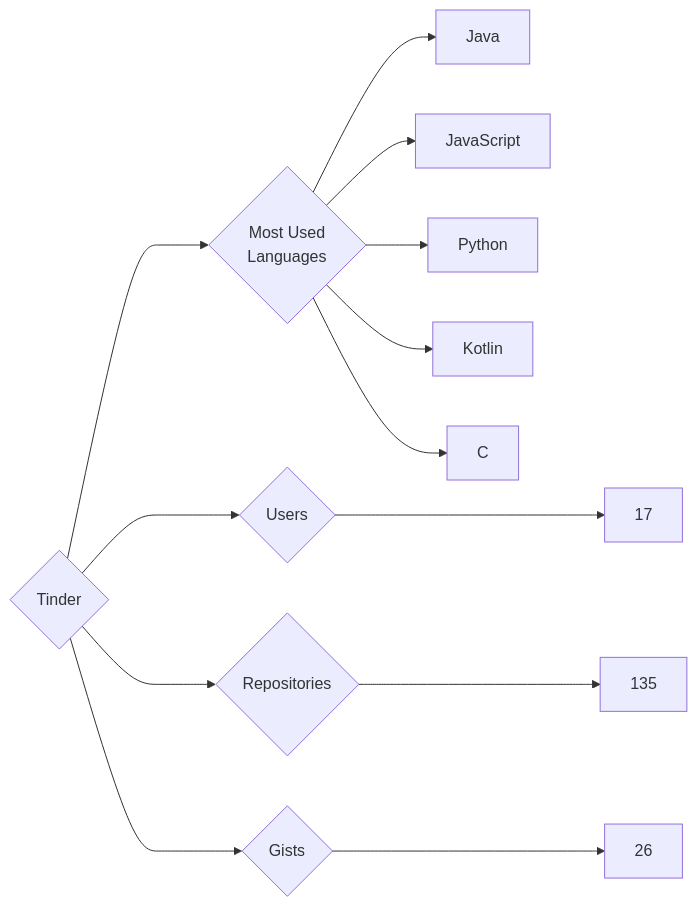
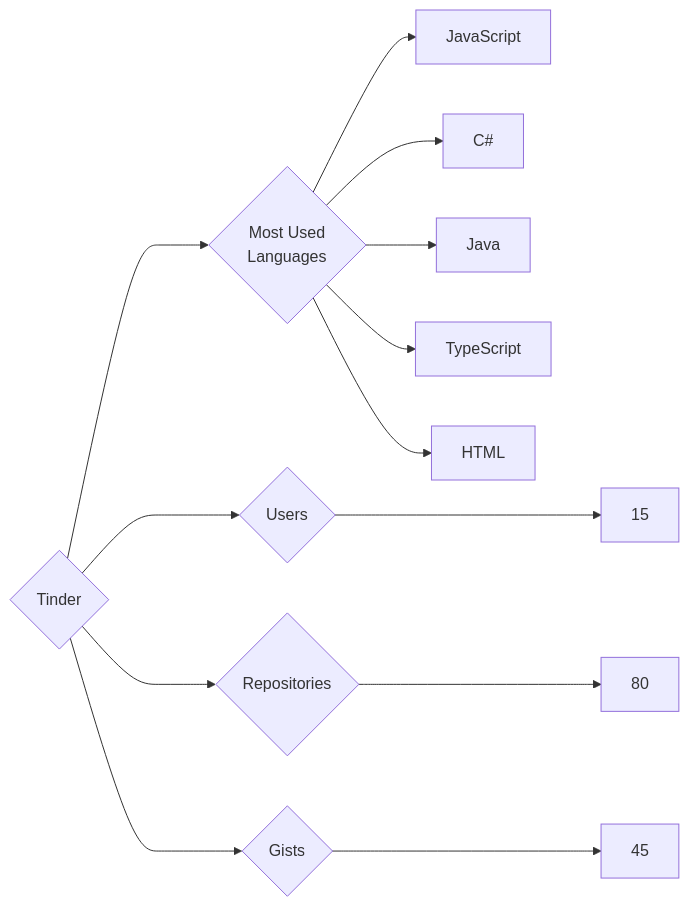
The diagram in targets/Tinder/README.md (trickest/insiders), drawn with Mermaid before and after one commit. The commit also changed 972 other files, not shown here.

````diff
--- a/targets/Tinder/README.md
+++ b/targets/Tinder/README.md
@@ -3,13 +3,13 @@
 ```mermaid
 graph LR
 COMPANY_NAME{Tinder}
-COMPANY_NAME ---> U{Users} ---> UN[17]
-COMPANY_NAME ---> R{Repositories} ---> RN[135]
-COMPANY_NAME ---> G{Gists} ---> GN[26]
+COMPANY_NAME ---> U{Users} ---> UN[15]
+COMPANY_NAME ---> R{Repositories} ---> RN[80]
+COMPANY_NAME ---> G{Gists} ---> GN[45]
 COMPANY_NAME ---> ML{Most Used<br>Languages}
+ML --> JavaScript[JavaScript]
+ML --> C#[C#]
 ML --> Java[Java]
-ML --> JavaScript[JavaScript]
-ML --> Python[Python]
-ML --> Kotlin[Kotlin]
-ML --> C[C]
+ML --> TypeScript[TypeScript]
+ML --> HTML[HTML]
 ```
````
